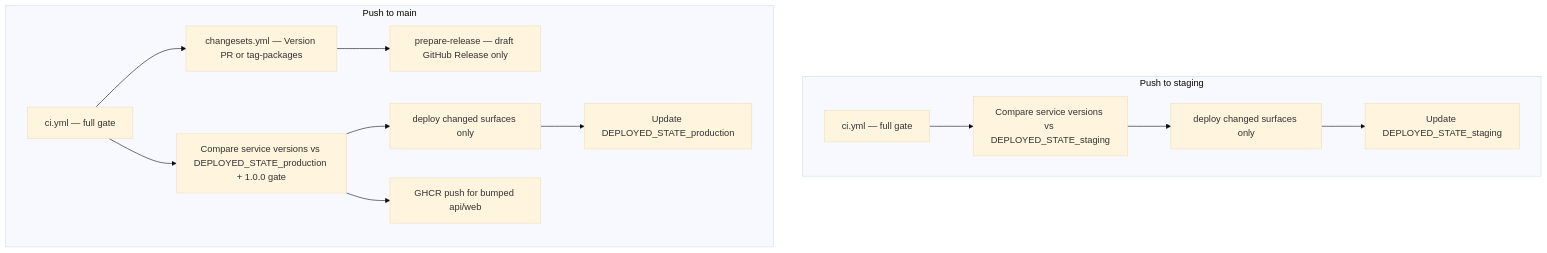
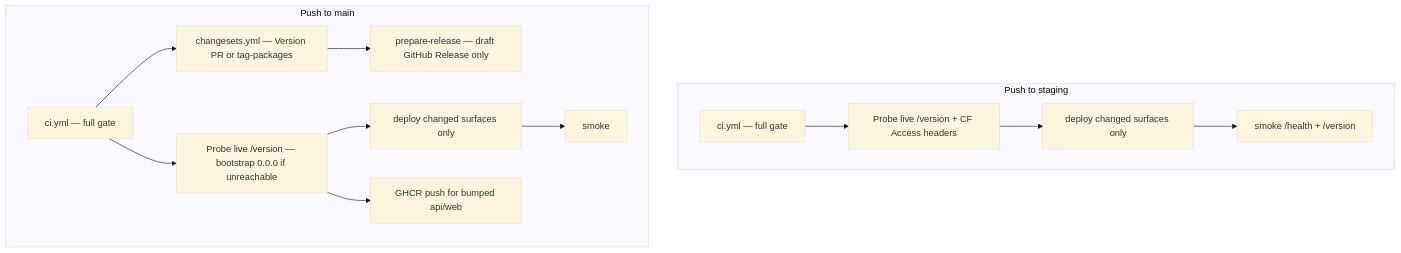
The diagram in docs/internal/ci-cd-deployment-refactor-proposal.md (mdg-labs/slugbase), drawn with Mermaid (base theme) before and after one commit. The commit also changed other lines of this file, not shown here.

Commit message:
Refactor deployment proposal to utilize live `/version` probes for deploy decisions, replacing the previous `DEPLOYED_STATE` variable approach. Updated documentation to clarify the new deployment process, including parallel version checks and Cloudflare Access requirements for staging.

````diff
--- a/docs/internal/ci-cd-deployment-refactor-proposal.md
+++ b/docs/internal/ci-cd-deployment-refactor-proposal.md
@@ -327,25 +398,25 @@
 ```mermaid
 flowchart TD
   subgraph staging [Push to staging]
     S_CI[ci.yml — full gate]
-    S_VER[Compare service versions vs DEPLOYED_STATE_staging]
+    S_PROBE[Probe live /version + CF Access headers]
     S_DEP[deploy changed surfaces only]
-    S_STATE[Update DEPLOYED_STATE_staging]
-    S_CI --> S_VER --> S_DEP --> S_STATE
+    S_SMOKE[smoke /health + /version]
+    S_CI --> S_PROBE --> S_DEP --> S_SMOKE
   end
 
   subgraph main [Push to main]
     M_CI[ci.yml — full gate]
     M_CS[changesets.yml — Version PR or tag-packages]
     M_REL[prepare-release — draft GitHub Release only]
-    M_VER[Compare service versions vs DEPLOYED_STATE_production + 1.0.0 gate]
+    M_PROBE[Probe live /version — bootstrap 0.0.0 if unreachable]
     M_DEP[deploy changed surfaces only]
     M_GHCR[GHCR push for bumped api/web]
-    M_STATE[Update DEPLOYED_STATE_production]
+    M_SMOKE[smoke]
     M_CI --> M_CS
-    M_CI --> M_VER
+    M_CI --> M_PROBE
     M_CS --> M_REL
-    M_VER --> M_DEP --> M_STATE
-    M_VER --> M_GHCR
+    M_PROBE --> M_DEP --> M_SMOKE
+    M_PROBE --> M_GHCR
   end
 ```
````
